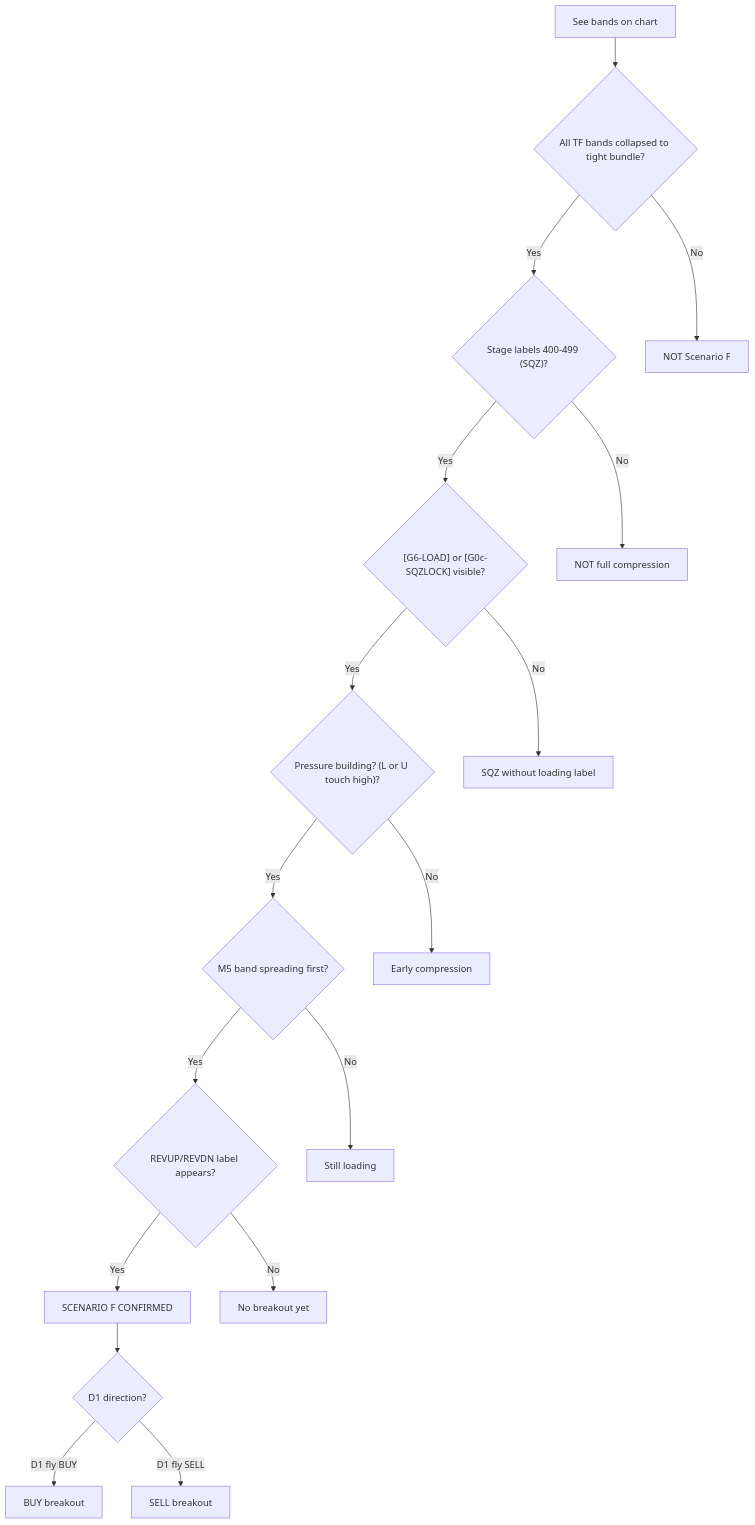
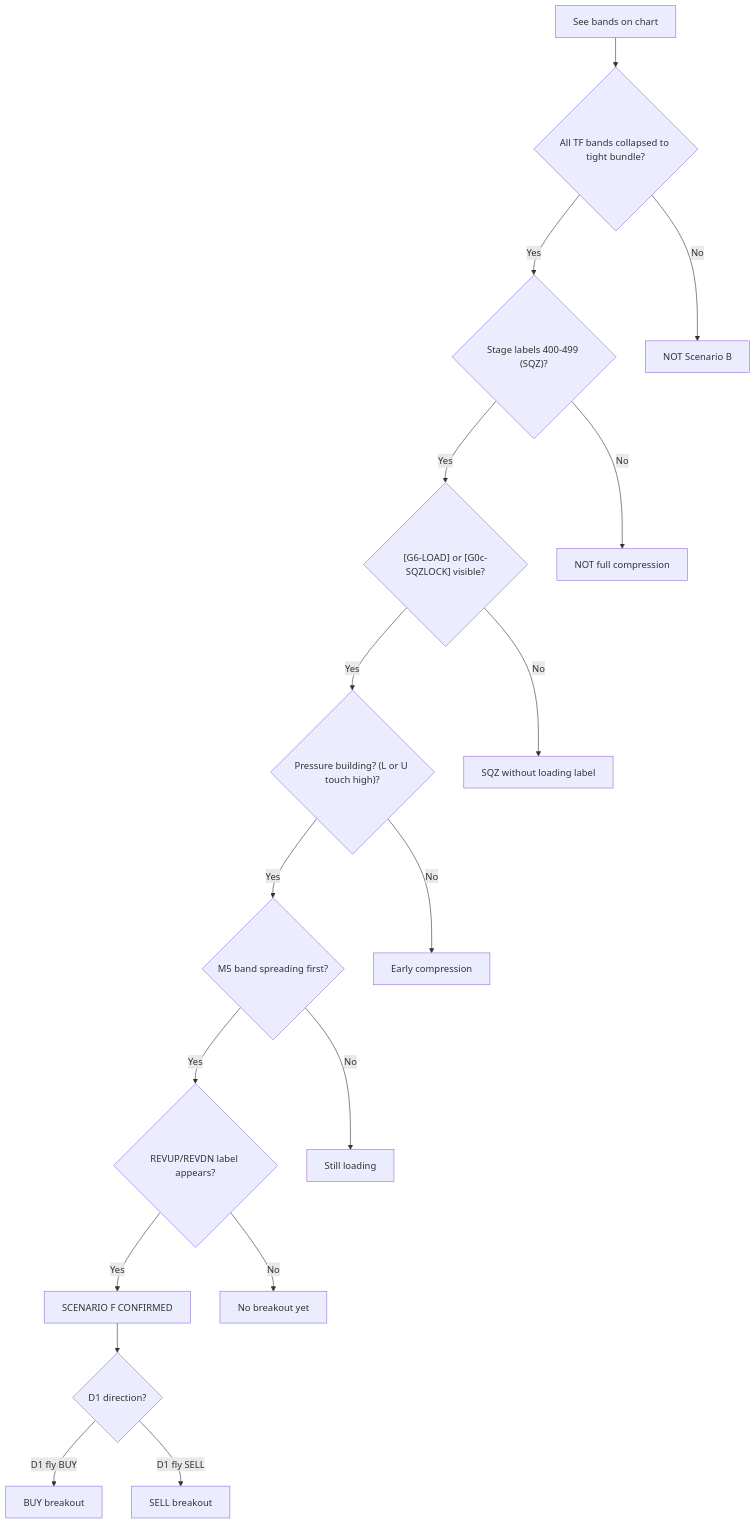
One commit to Terrypang89/BB_MTF_M15_STRATEGY changed diagram 15 of 17 in references/backtest_chart_analysis.md. Above: the diagram before and after it, drawn with Mermaid. The commit also changed other lines of this file and 12 other files, not shown here.

````diff
--- a/references/backtest_chart_analysis.md
+++ b/references/backtest_chart_analysis.md
@@ -2783,19 +2783,19 @@
 ```mermaid
 flowchart TD
     A["See bands on chart"] --> B{"All TF bands collapsed to tight bundle?"}
     B -->|Yes| C{"Stage labels 400-499 (SQZ)?"}
     C -->|Yes| D{"[G6-LOAD] or [G0c-SQZLOCK] visible?"}
     D -->|Yes| E{"Pressure building? (L or U touch high)?"}
     E -->|Yes| F{"M5 band spreading first?"}
     F -->|Yes| G{"REVUP/REVDN label appears?"}
     G -->|Yes| H["SCENARIO F CONFIRMED"]
     H --> I{"D1 direction?"}
     I -->|D1 fly BUY| J["BUY breakout"]
     I -->|D1 fly SELL| K["SELL breakout"]
     G -->|No| L["No breakout yet"]
     F -->|No| M["Still loading"]
     E -->|No| N["Early compression"]
     D -->|No| O["SQZ without loading label"]
     C -->|No| P["NOT full compression"]
-    B -->|No| Q["NOT Scenario F"]
+    B -->|No| Q["NOT Scenario B"]
 ```
````
